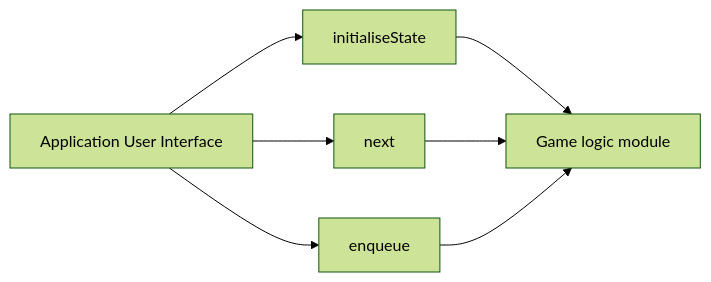
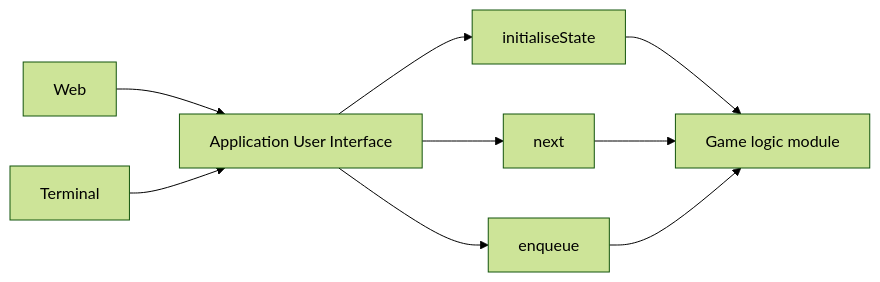
Before and after one commit to TracyGJG/fp-games: the diagram in README.md, drawn with Mermaid (forest theme).

Commit message:
Update README.md
Diagram enhanced.

````diff
--- a/README.md
+++ b/README.md
@@ -100,12 +100,16 @@
 ```mermaid
 flowchart LR
-    A --> I --> G
-    A --> N --> G
-    A --> E --> G
+  W --> A
+  T --> A
+  A --> I --> G
+  A --> N --> G
+  A --> E --> G
 
+W[Web]
+T[Terminal]
 A[Application User Interface]
 G[Game logic module]
 I[initialiseState]
 N[next]
 E[enqueue]
 ```
````
